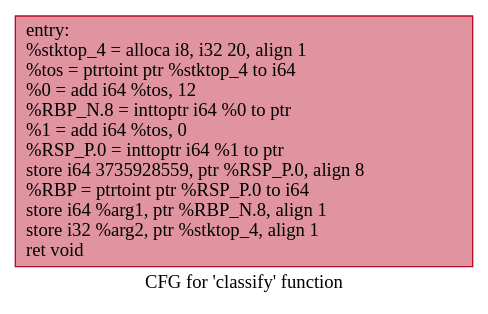
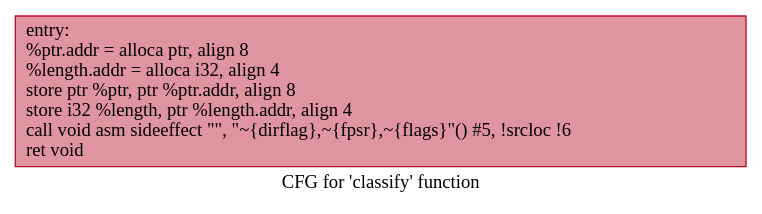
One commit to aayush54/583_cipherfast changed the diagram in dot/tmp/.classify.dot. Above: the diagram before and after it, drawn with Graphviz. The commit also changed 22 other files, not shown here.

Commit message:
Added all cfg graphs

```diff
--- a/dot/tmp/.classify.dot
+++ b/dot/tmp/.classify.dot
@@ -1,5 +1,5 @@
 digraph "CFG for 'classify' function" {
 	label="CFG for 'classify' function";
 
-	Node0x5565e7b98390 [shape=record,color="#b70d28ff", style=filled, fillcolor="#b70d2870",label="{entry:\l  %stktop_4 = alloca i8, i32 20, align 1\l  %tos = ptrtoint ptr %stktop_4 to i64\l  %0 = add i64 %tos, 12\l  %RBP_N.8 = inttoptr i64 %0 to ptr\l  %1 = add i64 %tos, 0\l  %RSP_P.0 = inttoptr i64 %1 to ptr\l  store i64 3735928559, ptr %RSP_P.0, align 8\l  %RBP = ptrtoint ptr %RSP_P.0 to i64\l  store i64 %arg1, ptr %RBP_N.8, align 1\l  store i32 %arg2, ptr %stktop_4, align 1\l  ret void\l}"];
+	Node0x558a8c4010e0 [shape=record,color="#b70d28ff", style=filled, fillcolor="#b70d2870",label="{entry:\l  %ptr.addr = alloca ptr, align 8\l  %length.addr = alloca i32, align 4\l  store ptr %ptr, ptr %ptr.addr, align 8\l  store i32 %length, ptr %length.addr, align 4\l  call void asm sideeffect \"\", \"~\{dirflag\},~\{fpsr\},~\{flags\}\"() #5, !srcloc !6\l  ret void\l}"];
 }
```
